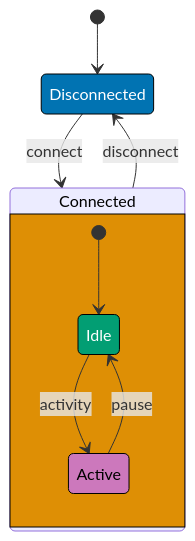
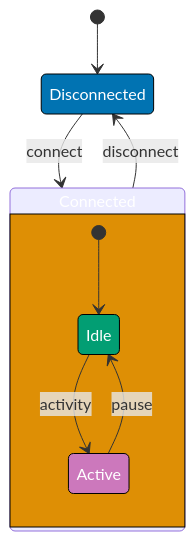
The first of 7 diagrams in apps/ayokoding-web/content/en/learn/software-engineering/architecture/finite-state-machine-fsm/by-example/intermediate.md (wahidyankf/open-sharia-enterprise), drawn with Mermaid before and after one commit. The commit also changed other lines of this file and 61 other files, not shown here.

First line of the commit message:
fix(ayokoding-web): quote Mermaid node labels with special characters in Example 63

````diff
--- a/apps/ayokoding-web/content/en/learn/software-engineering/architecture/finite-state-machine-fsm/by-example/intermediate.md
+++ b/apps/ayokoding-web/content/en/learn/software-engineering/architecture/finite-state-machine-fsm/by-example/intermediate.md
@@ -18,23 +18,23 @@
 ```mermaid
 stateDiagram-v2
     [*] --> Disconnected
 
     state Connected {
         [*] --> Idle
         Idle --> Active: activity
         Active --> Idle: pause
     }
 
     Disconnected --> Connected: connect
     Connected --> Disconnected: disconnect
 
     classDef disconnectedState fill:#0173B2,stroke:#000,color:#fff
-    classDef connectedState fill:#DE8F05,stroke:#000,color:#000
+    classDef connectedState fill:#DE8F05,stroke:#000,color:#fff
     classDef idleState fill:#029E73,stroke:#000,color:#fff
-    classDef activeState fill:#CC78BC,stroke:#000,color:#000
+    classDef activeState fill:#CC78BC,stroke:#000,color:#fff
 
     class Disconnected disconnectedState
     class Connected connectedState
     class Idle idleState
     class Active activeState
 ```
````
